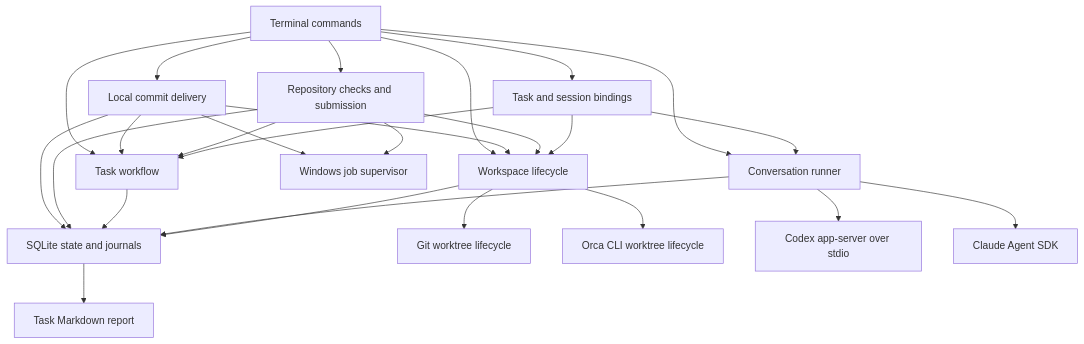
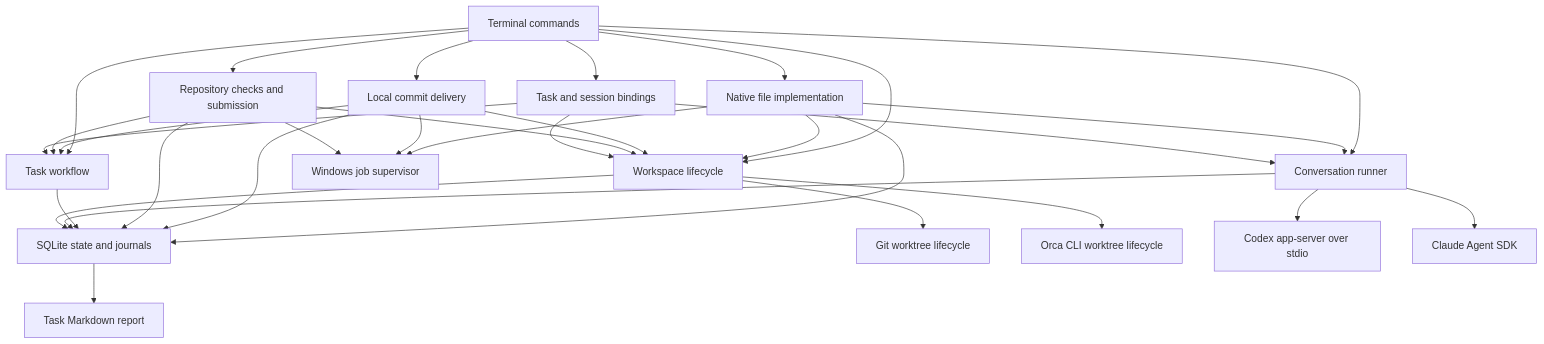
Before and after one commit to jazzonaut/grampus: the diagram in docs/ARCHITECTURE.md, drawn with Mermaid. The commit also changed other lines of this file and 16 other files, not shown here.

````diff
--- a/docs/ARCHITECTURE.md
+++ b/docs/ARCHITECTURE.md
@@ -9,28 +9,33 @@
 ```mermaid
 flowchart TD
     CLI[Terminal commands] --> Workflow[Task workflow]
     CLI --> Sessions[Conversation runner]
     CLI --> Workspaces[Workspace lifecycle]
     CLI --> Executions[Task and session bindings]
     CLI --> Checks[Repository checks and submission]
     CLI --> Deliveries[Local commit delivery]
+    CLI --> Implementations[Native file implementation]
+    Implementations --> Store
+    Implementations --> Sessions
+    Implementations --> Workspaces
+    Implementations --> Job
     Deliveries --> Store
     Deliveries --> Workspaces
     Deliveries --> Workflow
     Deliveries --> Job
     Checks --> Workspaces
     Checks --> Workflow
     Checks --> Store
     Checks --> Job[Windows job supervisor]
     Executions --> Workflow
     Executions --> Sessions
     Executions --> Workspaces
     Workflow --> Store[SQLite state and journals]
     Sessions --> Store
     Workspaces --> Store
     Workspaces --> Git[Git worktree lifecycle]
     Workspaces --> Orca[Orca CLI worktree lifecycle]
     Sessions --> Codex[Codex app-server over stdio]
     Sessions --> Claude[Claude Agent SDK]
     Store --> Report[Task Markdown report]
 ```
````
